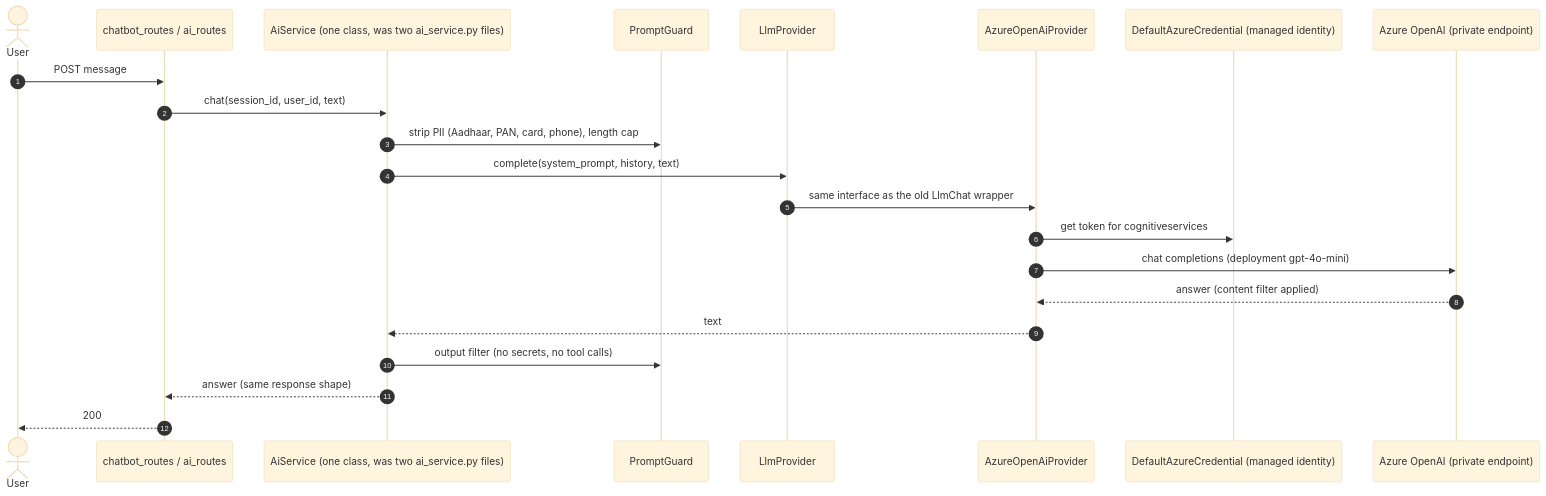
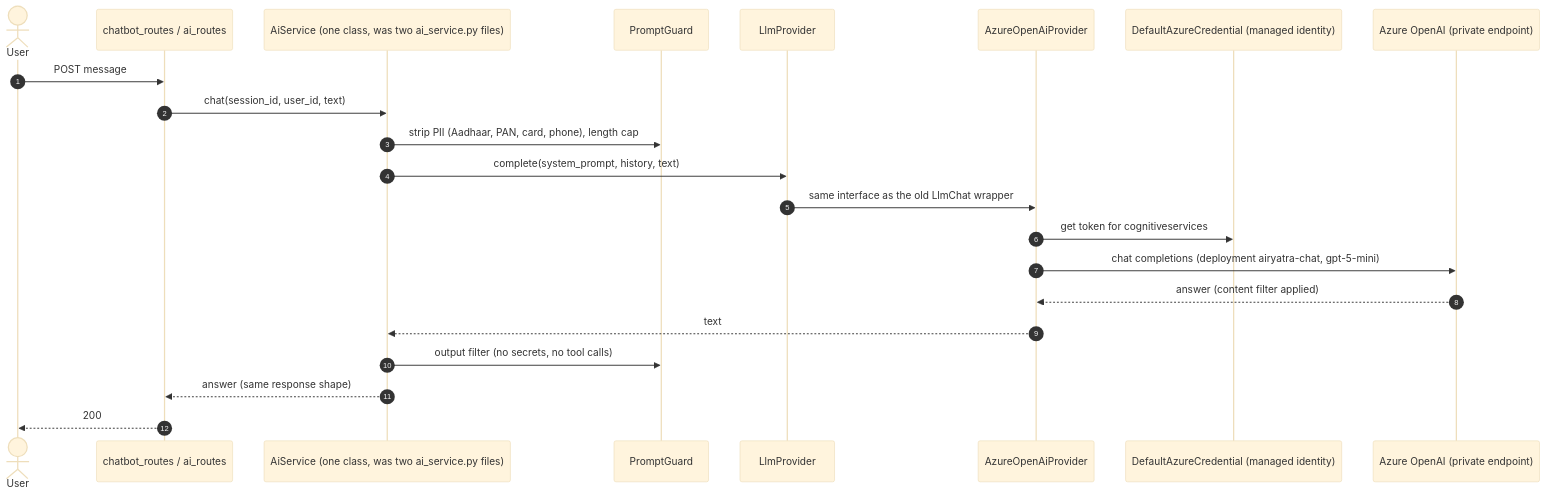
Before and after one commit to vishal29bhp/AirYatra: diagram 14 of 15 in docs/architecture/03-sequence-diagrams-low-level.md, drawn with Mermaid (base theme). The commit also changed 5 other files, not shown here.

````diff
--- a/docs/architecture/03-sequence-diagrams-low-level.md
+++ b/docs/architecture/03-sequence-diagrams-low-level.md
@@ -576,25 +576,25 @@
 ```mermaid
 sequenceDiagram
     autonumber
     actor U as User
     participant RT as chatbot_routes / ai_routes
     participant AIS as AiService (one class, was two ai_service.py files)
     participant RED as PromptGuard
     participant LLM as LlmProvider
     participant AOAI as AzureOpenAiProvider
     participant ID as DefaultAzureCredential (managed identity)
     participant OA as Azure OpenAI (private endpoint)
 
     U->>RT: POST message
     RT->>AIS: chat(session_id, user_id, text)
     AIS->>RED: strip PII (Aadhaar, PAN, card, phone), length cap
     AIS->>LLM: complete(system_prompt, history, text)
     LLM->>AOAI: same interface as the old LlmChat wrapper
     AOAI->>ID: get token for cognitiveservices
-    AOAI->>OA: chat completions (deployment gpt-4o-mini)
+    AOAI->>OA: chat completions (deployment airyatra-chat, gpt-5-mini)
     OA-->>AOAI: answer (content filter applied)
     AOAI-->>AIS: text
     AIS->>RED: output filter (no secrets, no tool calls)
     AIS-->>RT: answer (same response shape)
     RT-->>U: 200
 ```
````
